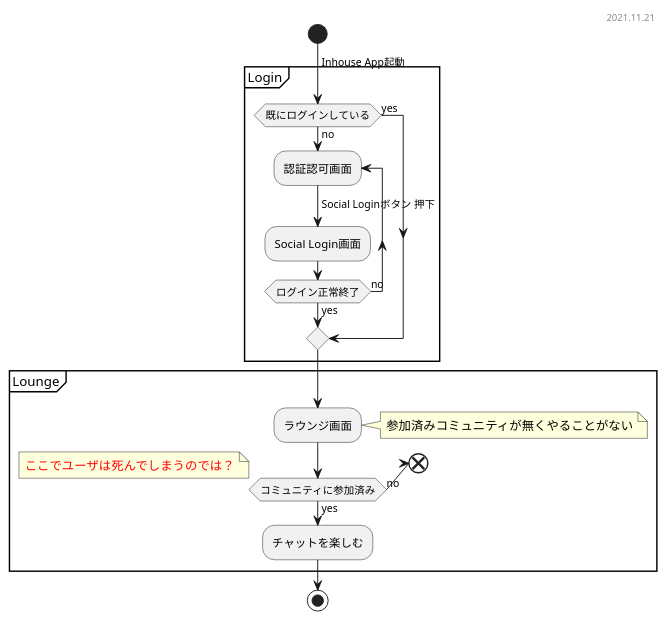
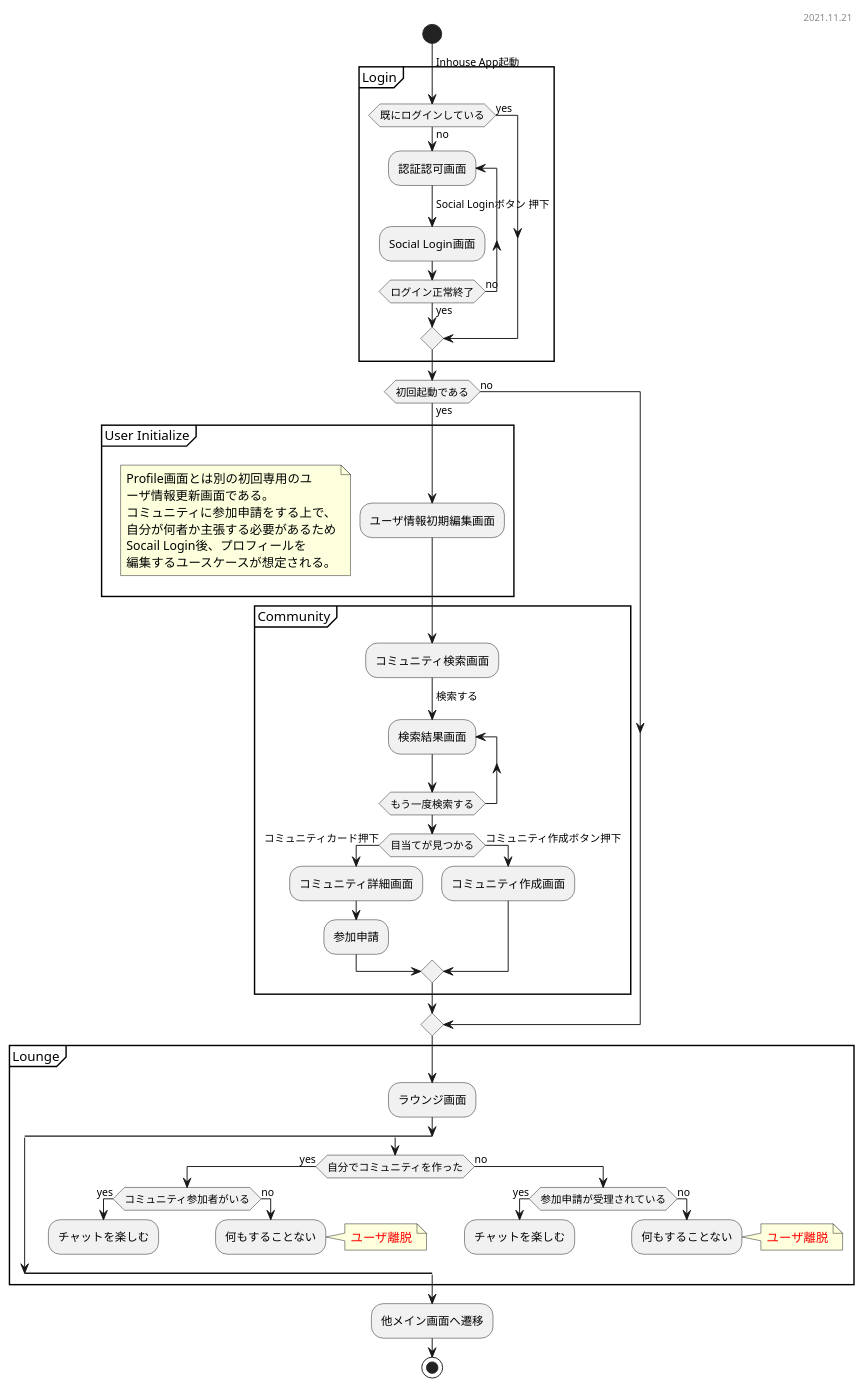
One commit to co-in-house/doc-spec changed the diagram in doc/activity/flow/01_activity.pu. Above: the diagram before and after it, drawn with PlantUML. The commit also changed 2 other files, not shown here.

```diff
--- a/doc/activity/flow/01_activity.pu
+++ b/doc/activity/flow/01_activity.pu
@@ -1,32 +1,79 @@
 @startuml 01_activity
 header 2021.11.21
 
 start
 -> Inhouse App起動;
 
 partition "Login" {
     if (既にログインしている) then (yes)
     else (no)
         repeat :認証認可画面;
             -> Social Loginボタン 押下;
             :Social Login画面;
         repeat while (ログイン正常終了) is (no) not (yes) 
     endif
 }
 
+if (初回起動である) then (yes)
+
+    partition "User Initialize" {
+        note 
+            Profile画面とは別の初回専用のユ
+            ーザ情報更新画面である。
+            コミュニティに参加申請をする上で、
+            自分が何者か主張する必要があるため
+            Socail Login後、プロフィールを
+            編集するユースケースが想定される。
+        end note
+        :ユーザ情報初期編集画面;
+    }
+
+    partition "Community" {
+        :コミュニティ検索画面;
+        -> 検索する;
+        repeat :検索結果画面
+        repeat while (もう一度検索する)
+        if (目当てが見つかる) then (コミュニティカード押下)
+            :コミュニティ詳細画面;
+            :参加申請;
+
+        else (コミュニティ作成ボタン押下)
+            :コミュニティ作成画面;
+        endif
+    }
+
+
+else (no)
+endif
+
 partition "Lounge" {
     :ラウンジ画面;
-    note right
-        参加済みコミュニティが無くやることがない
-    end note
-    if (コミュニティに参加済み) then (yes)
-        :チャットを楽しむ;
-    else (no)
-        note right : <color:red>ここでユーザは死んでしまうのでは？
-        end
-    endif
+    split
+    split again
+        if (自分でコミュニティを作った) then (yes)
+            if (コミュニティ参加者がいる) then (yes)
+                :チャットを楽しむ;
+                kill
+            else (no)
+                :何もすることない;
+                note right : <color:red>ユーザ離脱
+                kill
+            endif
+        else (no)
+            if (参加申請が受理されている) then (yes)
+                :チャットを楽しむ;
+                kill
+            else (no)
+                :何もすることない;
+                note right : <color:red>ユーザ離脱
+                kill
+            endif
+        endif
+
+    end split
 }
 
+:他メイン画面へ遷移;
 stop
-
+     
 @enduml
```
